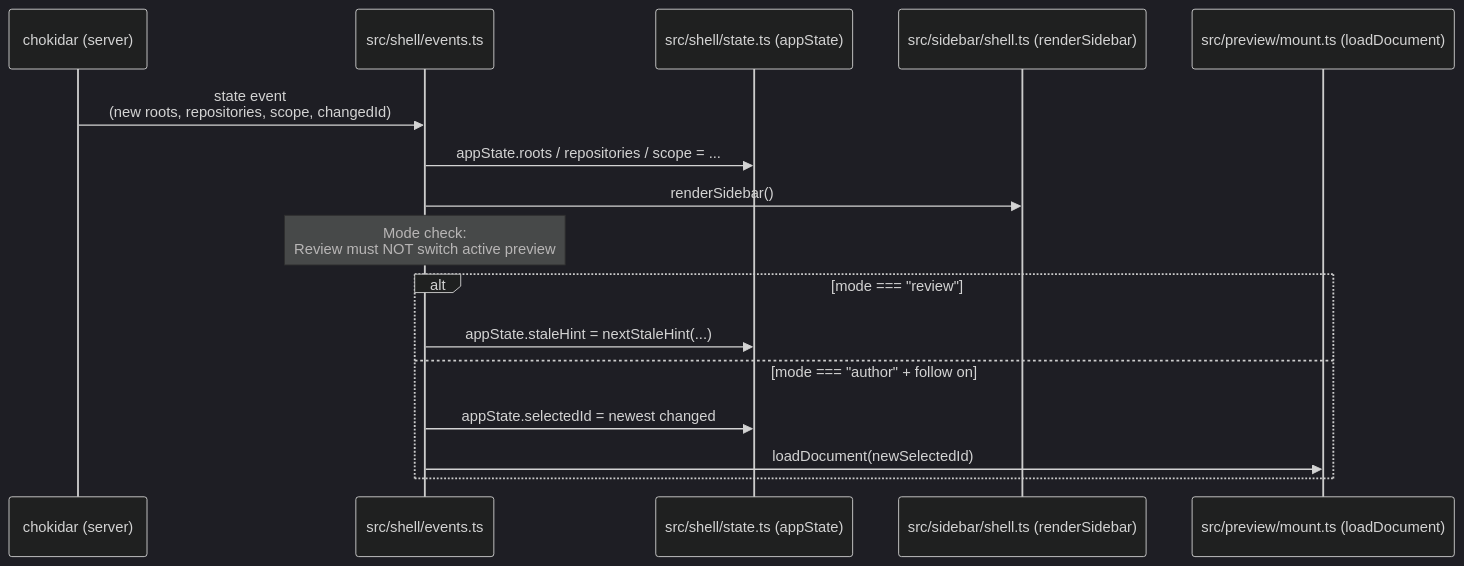
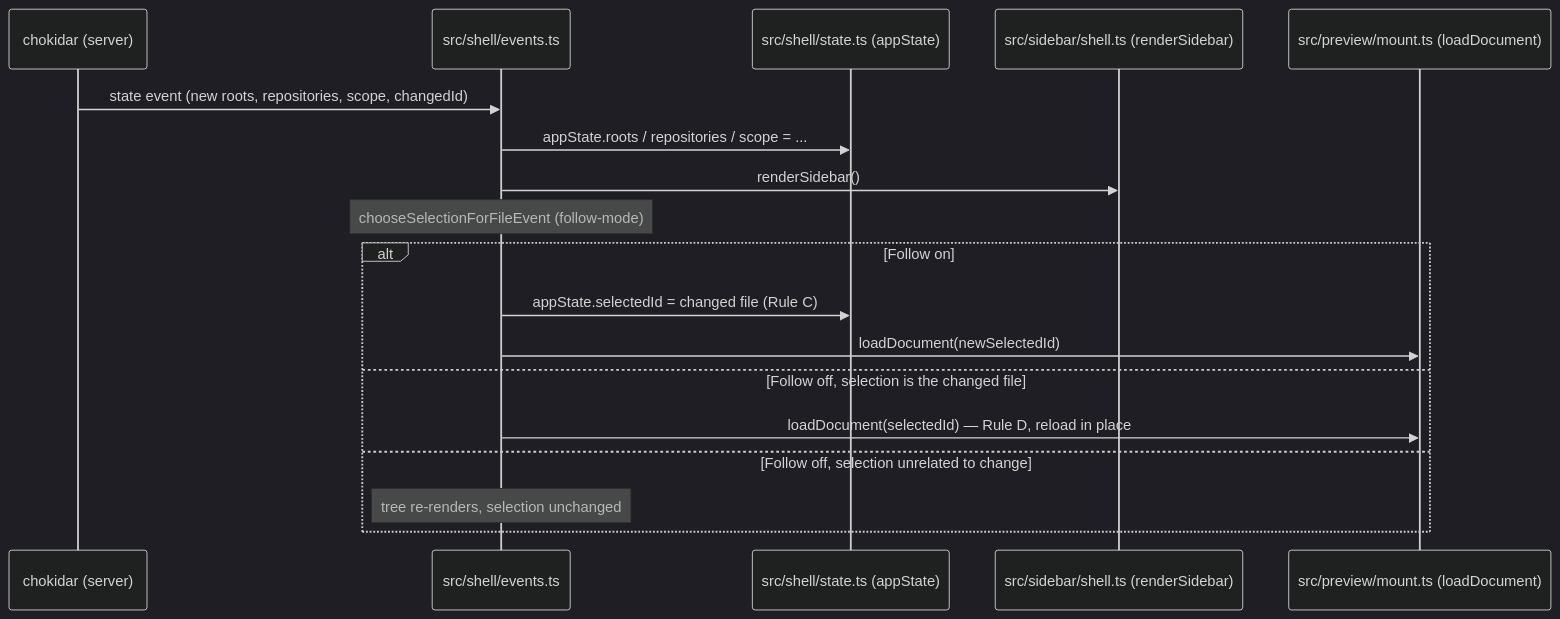
One commit to tjakobsson/uatu changed the fourth of 5 diagrams in ARCHITECTURE.md. Above: the diagram before and after it, drawn with Mermaid (dark theme). The commit also changed other lines of this file and 64 other files, not shown here.

````diff
--- a/ARCHITECTURE.md
+++ b/ARCHITECTURE.md
@@ -219,19 +136,21 @@
 ```mermaid
 sequenceDiagram
   participant Watcher as chokidar (server)
   participant SSE as src/shell/events.ts
   participant State as src/shell/state.ts (appState)
   participant Sidebar as src/sidebar/shell.ts (renderSidebar)
   participant Preview as src/preview/mount.ts (loadDocument)
 
-  Watcher->>SSE: state event<br/>(new roots, repositories, scope, changedId)
+  Watcher->>SSE: state event (new roots, repositories, scope, changedId)
   SSE->>State: appState.roots / repositories / scope = ...
   SSE->>Sidebar: renderSidebar()
-  Note over SSE: Mode check:<br/>Review must NOT switch active preview
-  alt mode === "review"
-    SSE->>State: appState.staleHint = nextStaleHint(...)
-  else mode === "author" + follow on
-    SSE->>State: appState.selectedId = newest changed
+  Note over SSE: chooseSelectionForFileEvent (follow-mode)
+  alt Follow on
+    SSE->>State: appState.selectedId = changed file (Rule C)
     SSE->>Preview: loadDocument(newSelectedId)
+  else Follow off, selection is the changed file
+    SSE->>Preview: loadDocument(selectedId) — Rule D, reload in place
+  else Follow off, selection unrelated to change
+    Note over SSE: tree re-renders, selection unchanged
   end
 ```
````
